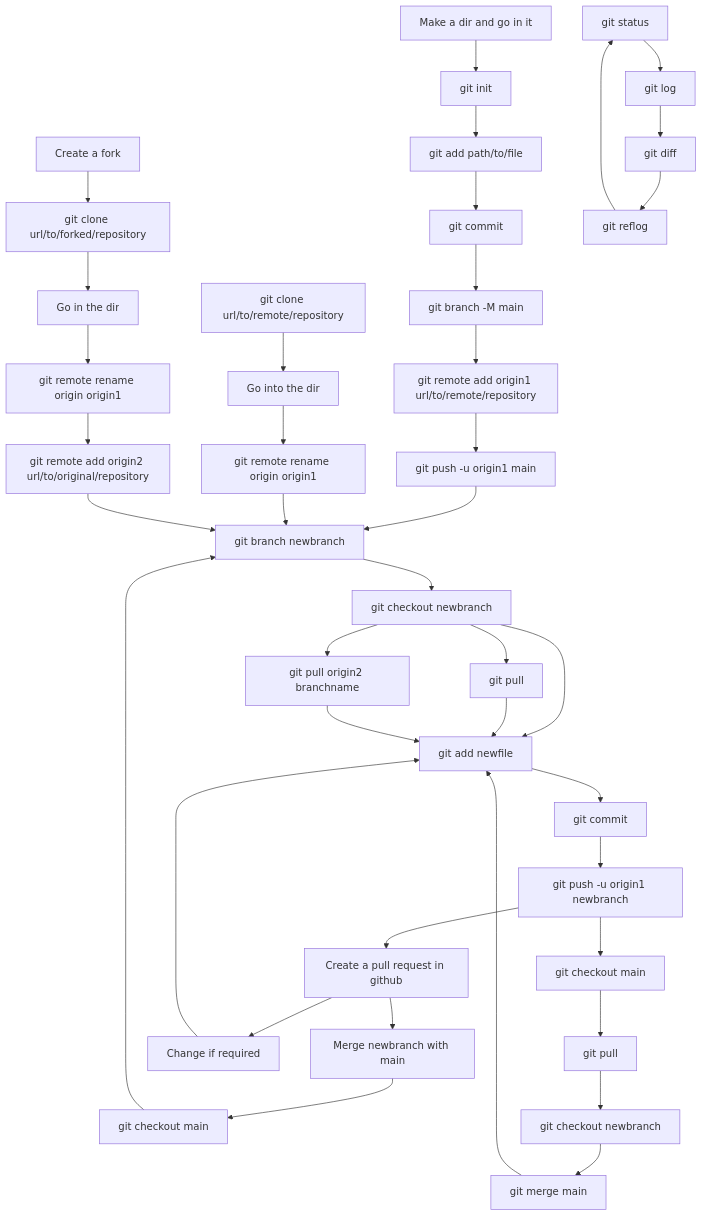
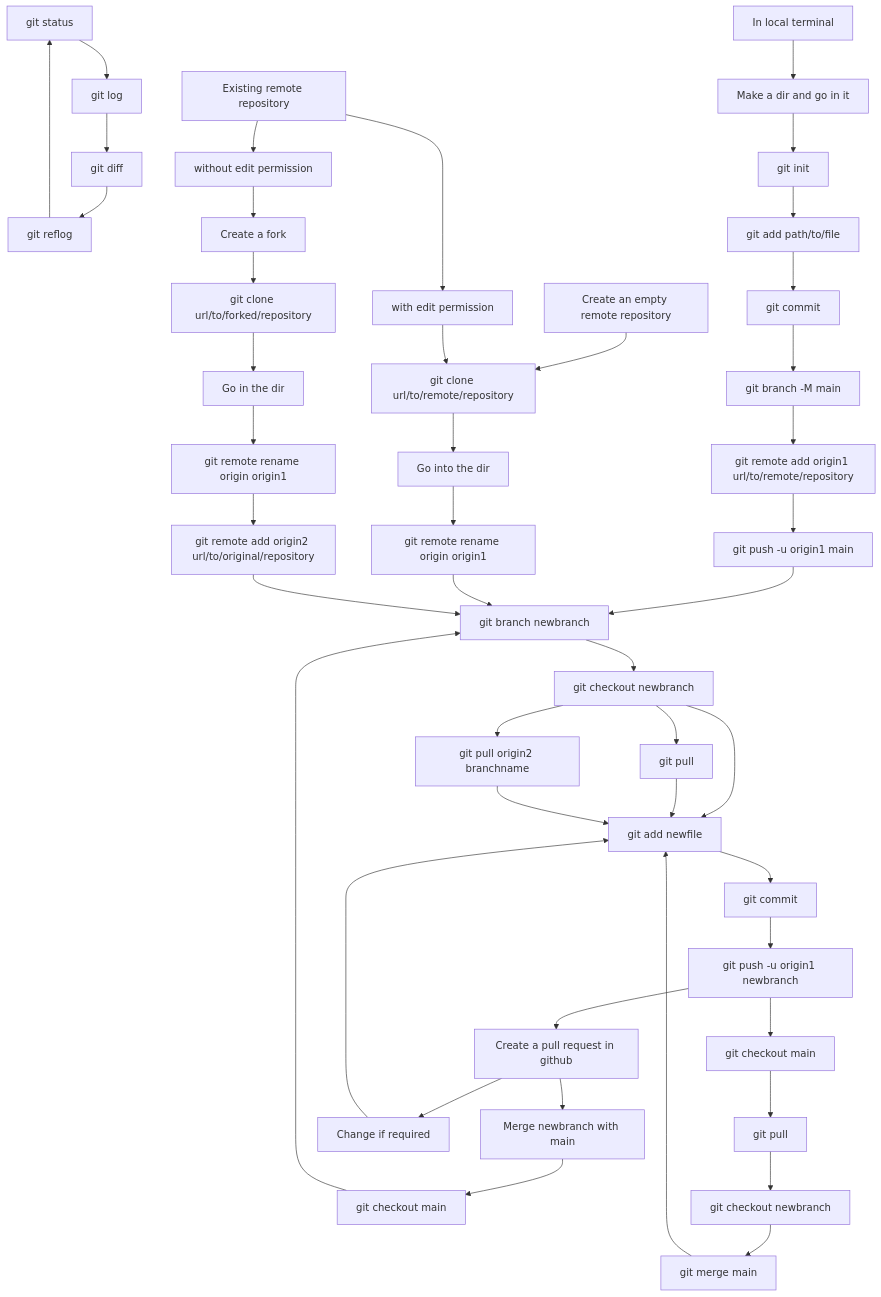
One commit to suryamondal/useful_git_commands changed the diagram in README.md. Above: the diagram before and after it, drawn with Mermaid. The commit also changed other lines of this file, not shown here.

````diff
--- a/README.md
+++ b/README.md
@@ -16,15 +16,18 @@
 ```mermaid
 graph TD;
-    id1[Make a dir and go in it]-->id2[git init]-->id3[git add path/to/file]-->id4[git commit]-->id6[git branch -M main];
+    id17[git status]-->id18[git log]-->id5[git diff]-->id36[git reflog]-->id17;
+    id0[In local terminal]-->id1[Make a dir and go in it]-->id2[git init]-->id3[git add path/to/file]-->id4[git commit]-->id6[git branch -M main];
     id6-->id7[git remote add origin1 url/to/remote/repository]-->id8[git push -u origin1 main];
     id8-->id9[git branch newbranch]-->id10[git checkout newbranch]-->id11[git add newfile]-->id12[git commit]-->id13[git push -u origin1 newbranch];
     id13-->id14[Create a pull request in github]-->id15[Merge newbranch with main]-->id19[git checkout main]-->id9;
     id14-->id16[Change if required]-->id11;
     id10-->id35[git pull]-->id11;
     id10-->id34[git pull origin2 branchname]-->id11;
-    id20[git clone url/to/remote/repository]-->id21[Go into the dir]-->id26[git remote rename origin origin1]-->id9;
+    id41[Create an empty remote repository]-->id20[git clone url/to/remote/repository]-->id21[Go into the dir]
+    id21-->id26[git remote rename origin origin1]-->id9;
+    id43[Existing remote repository]-->id40[without edit permission]-->id22;
+    id43-->id44[with edit permission]-->id20;
     id22[Create a fork]-->id23[git clone url/to/forked/repository]-->id24[Go in the dir]-->id25[git remote rename origin origin1];
     id25-->id27[git remote add origin2 url/to/original/repository]-->id9;
-    id17[git status]-->id18[git log]-->id5[git diff]-->id36[git reflog]-->id17;
     id13-->id30[git checkout main]-->id31[git pull]-->id32[git checkout newbranch]-->id33[git merge main]-->id11;
 ```
````
